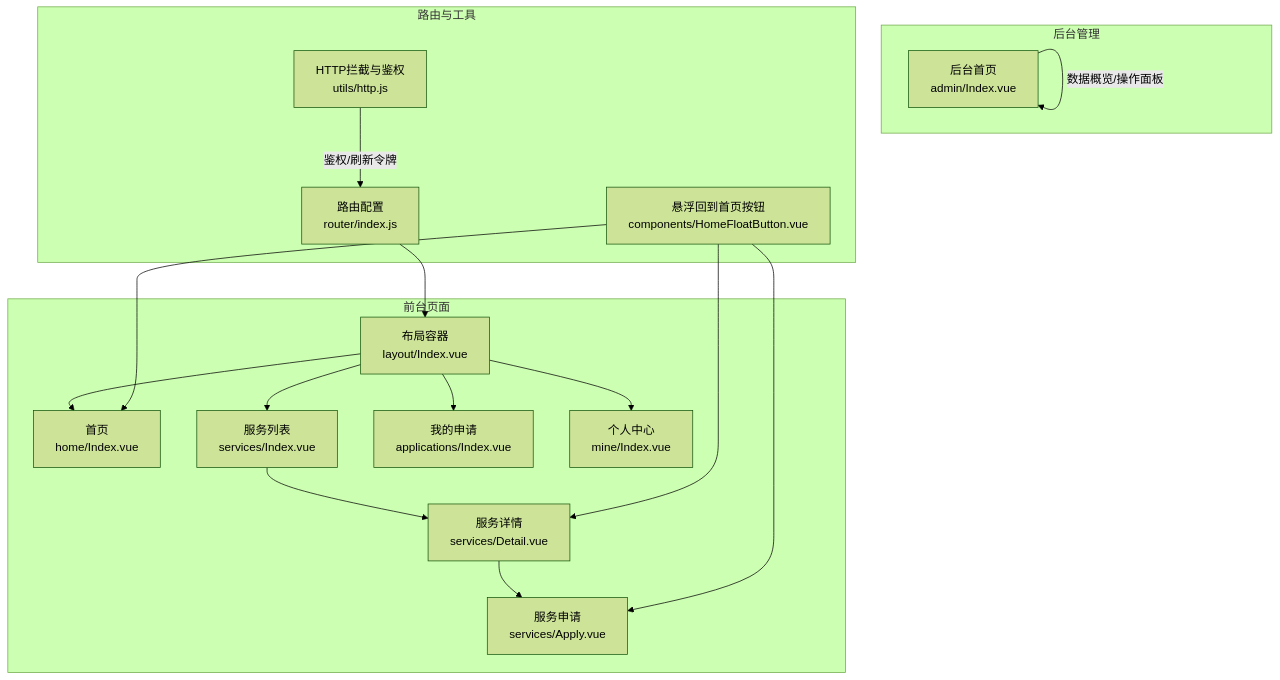
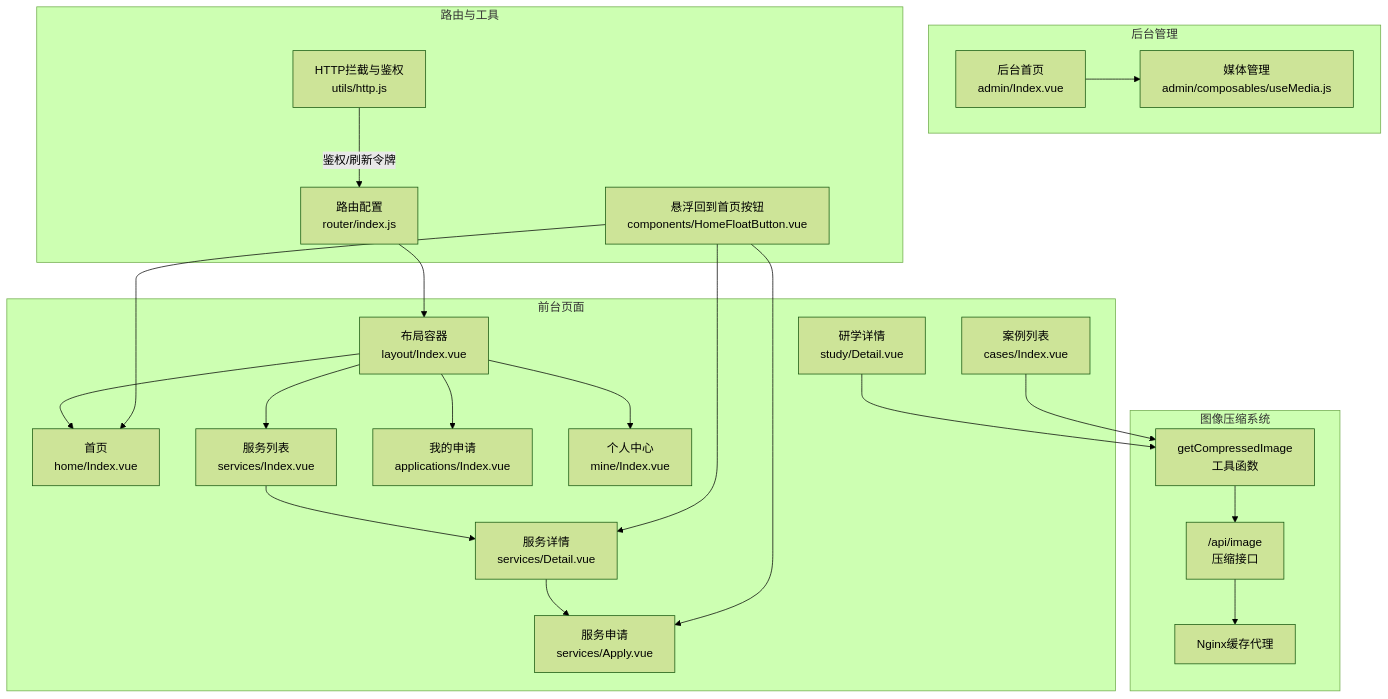
The first of 8 diagrams in .qoder/repowiki/zh/content/前端应用架构/页面视图设计.md (Giraffe-Han/microAPP), drawn with Mermaid (forest theme) before and after one commit. The commit also changed other lines of this file and 6 other files, not shown here.

````diff
--- a/.qoder/repowiki/zh/content/前端应用架构/页面视图设计.md
+++ b/.qoder/repowiki/zh/content/前端应用架构/页面视图设计.md
@@ -43,32 +59,44 @@
 ```mermaid
 graph TB
 subgraph "前台页面"
 L["布局容器<br/>layout/Index.vue"]
 H["首页<br/>home/Index.vue"]
 S["服务列表<br/>services/Index.vue"]
 D["服务详情<br/>services/Detail.vue"]
 A["服务申请<br/>services/Apply.vue"]
 AP["我的申请<br/>applications/Index.vue"]
 M["个人中心<br/>mine/Index.vue"]
+SD["研学详情<br/>study/Detail.vue"]
+CI["案例列表<br/>cases/Index.vue"]
 end
 subgraph "后台管理"
 AD["后台首页<br/>admin/Index.vue"]
+UM["媒体管理<br/>admin/composables/useMedia.js"]
+end
+subgraph "图像压缩系统"
+GC["getCompressedImage<br/>工具函数"]
+API["/api/image<br/>压缩接口"]
+Nginx["Nginx缓存代理"]
 end
 subgraph "路由与工具"
 R["路由配置<br/>router/index.js"]
 U["HTTP拦截与鉴权<br/>utils/http.js"]
 F["悬浮回到首页按钮<br/>components/HomeFloatButton.vue"]
 end
 R --> L
 L --> H
 L --> S
 L --> AP
 L --> M
 S --> D
 D --> A
-AD --> |"数据概览/操作面板"| AD
+AD --> UM
+SD --> GC
+CI --> GC
+GC --> API
+API --> Nginx
 U --> |"鉴权/刷新令牌"| R
 F --> H
 F --> D
 F --> A
 ```
````
